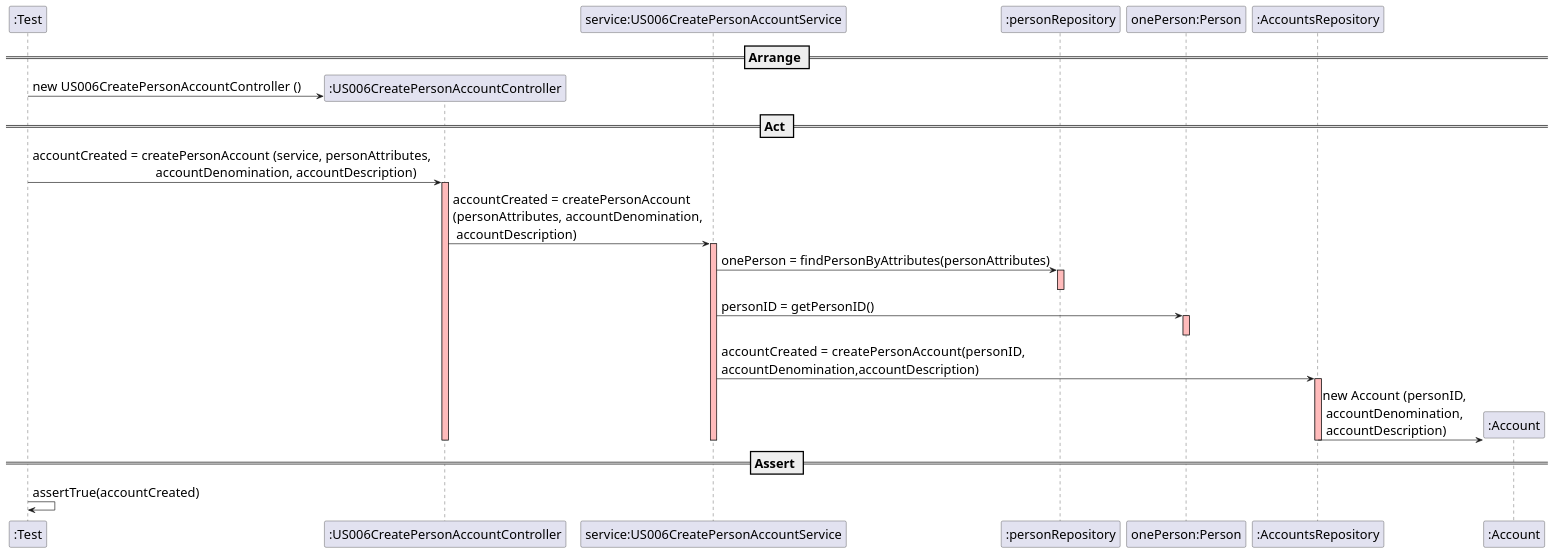
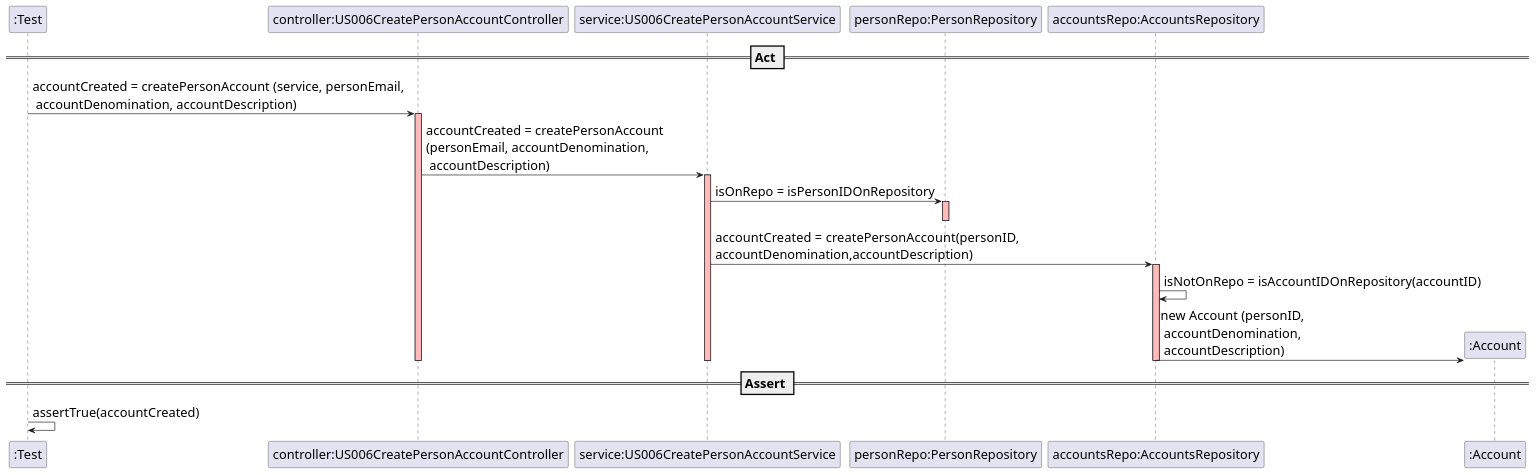
Before and after one commit to mleitaoribeiro/DevOpsMaven: the diagram in src/main/java/switch2019/project/controllers/US006CreatePersonAccountSD.puml, drawn with PlantUML. The commit also changed 1 other file, not shown here.

Commit message:
fix #659 US006 - Updated SD related with createPersonAccount

```diff
--- a/src/main/java/switch2019/project/controllers/US006CreatePersonAccountSD.puml
+++ b/src/main/java/switch2019/project/controllers/US006CreatePersonAccountSD.puml
@@ -1,39 +1,36 @@
 @startuml
 skinparam DefaultFontSize 20
-create ":Test"
 
-== Arrange ==
-create ":US006CreatePersonAccountController"
-":Test" -> ":US006CreatePersonAccountController" : new US006CreatePersonAccountController ()
+participant ":Test"
+participant "controller:US006CreatePersonAccountController"
+participant "service:US006CreatePersonAccountService"
+participant "personRepo:PersonRepository"
+participant "accountsRepo:AccountsRepository"
 
 == Act ==
+":Test" -> "controller:US006CreatePersonAccountController" : accountCreated = createPersonAccount (service, personEmail, \n accountDenomination, accountDescription)
+activate "controller:US006CreatePersonAccountController"  #FFBBBB
 
-":Test" -> ":US006CreatePersonAccountController" : accountCreated = createPersonAccount (service, personAttributes, \n                                     accountDenomination, accountDescription)
-activate ":US006CreatePersonAccountController"  #FFBBBB
-
-":US006CreatePersonAccountController" -> "service:US006CreatePersonAccountService" : accountCreated = createPersonAccount\n(personAttributes, accountDenomination,\n accountDescription)
+"controller:US006CreatePersonAccountController" -> "service:US006CreatePersonAccountService" : accountCreated = createPersonAccount\n(personEmail, accountDenomination,\n accountDescription)
 activate "service:US006CreatePersonAccountService"  #FFBBBB
 
-"service:US006CreatePersonAccountService" -> ":personRepository" : onePerson = findPersonByAttributes(personAttributes)
-activate ":personRepository"  #FFBBBB
-deactivate ":personRepository"  #FFBBBB
+"service:US006CreatePersonAccountService" -> "personRepo:PersonRepository" : isOnRepo = isPersonIDOnRepository
+activate "personRepo:PersonRepository"  #FFBBBB
+deactivate "personRepo:PersonRepository"  #FFBBBB
 
-"service:US006CreatePersonAccountService" -> "onePerson:Person" : personID = getPersonID()
-activate "onePerson:Person"  #FFBBBB
-deactivate "onePerson:Person"  #FFBBBB
+"service:US006CreatePersonAccountService"  -> "accountsRepo:AccountsRepository" : accountCreated  = createPersonAccount(personID, \naccountDenomination,accountDescription)
+activate "accountsRepo:AccountsRepository" #FFBBBB
 
-"service:US006CreatePersonAccountService"  -> ":AccountsRepository" : accountCreated  = createPersonAccount(personID, \naccountDenomination,accountDescription)
-activate ":AccountsRepository" #FFBBBB
+"accountsRepo:AccountsRepository" -> "accountsRepo:AccountsRepository" : isNotOnRepo = isAccountIDOnRepository(accountID)
+create ":Account"
+"accountsRepo:AccountsRepository" -> ":Account" : new Account (personID, \n accountDenomination,\n accountDescription)
 
-create ":Account"
-":AccountsRepository" -> ":Account" : new Account (personID, \n accountDenomination,\n accountDescription)
-
-deactivate ":AccountsRepository" #FFBBBB
+deactivate "accountsRepo:AccountsRepository" #FFBBBB
 deactivate "service:US006CreatePersonAccountService"  #FFBBBB
-deactivate ":US006CreatePersonAccountController"  #FFBBBB
+deactivate "controller:US006CreatePersonAccountController"  #FFBBBB
 
 == Assert ==
 
 ":Test" -> ":Test" : assertTrue(accountCreated)
 
 @enduml
```
